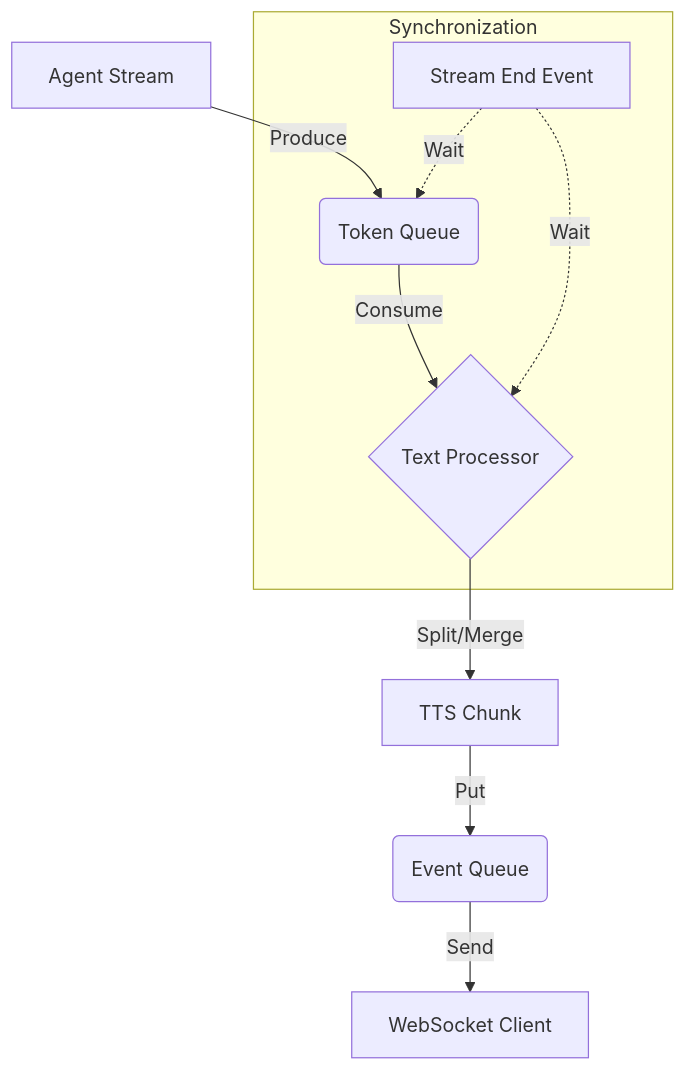
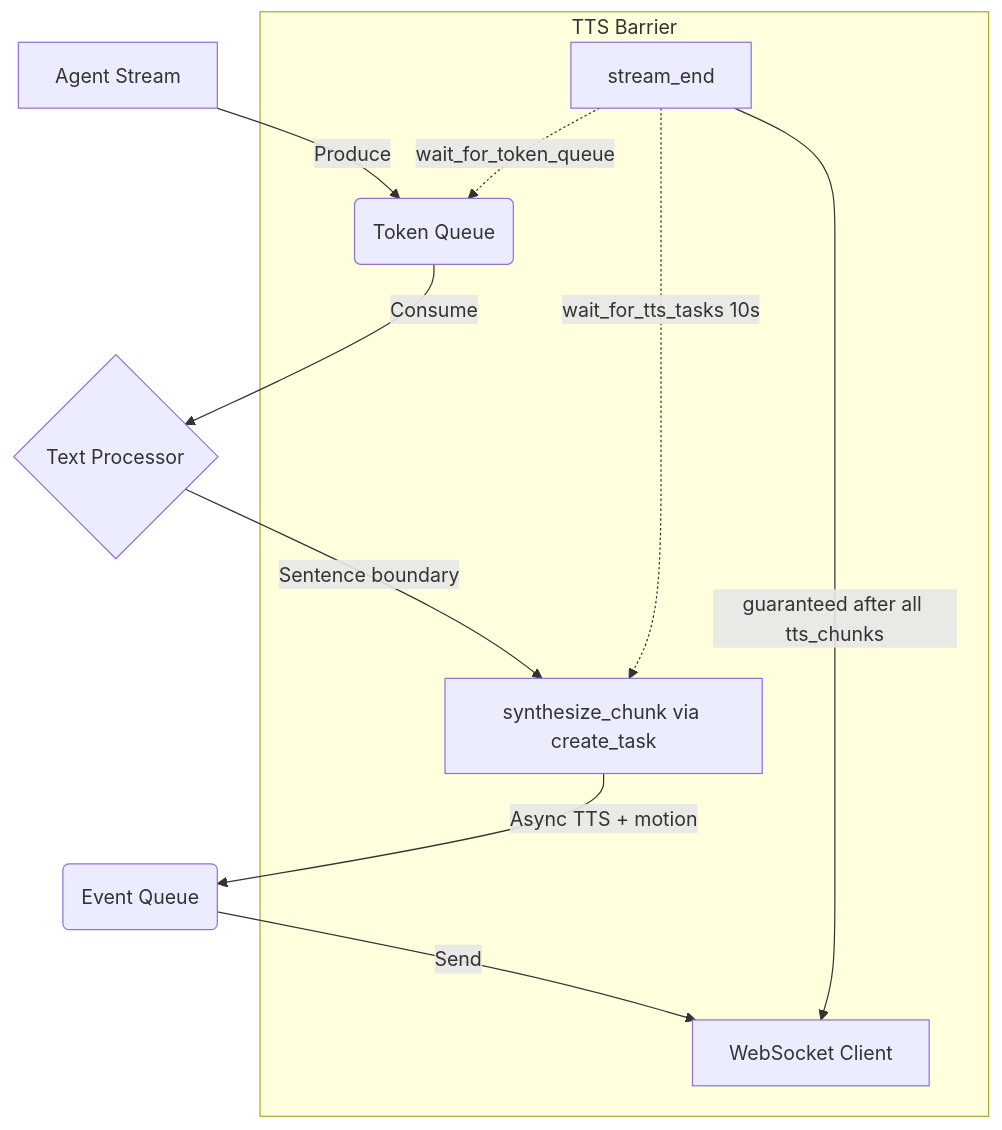
One commit to yw0nam/DesktopMatePlus changed the diagram in docs/feature/service/MessageProcessor_Event_Flow.md. Above: the diagram before and after it, drawn with Mermaid. The commit also changed other lines of this file and 10 other files, not shown here.

First line of the commit message:
docs: update backend docs for TTS flow refactor (T1-T5)

````diff
--- a/docs/feature/service/MessageProcessor_Event_Flow.md
+++ b/docs/feature/service/MessageProcessor_Event_Flow.md
@@ -16,13 +14,14 @@
 ```mermaid
 graph TD
     A[Agent Stream] -->|Produce| B(Token Queue)
     B -->|Consume| C{Text Processor}
-    C -->|Split/Merge| D[TTS Chunk]
-    D -->|Put| E(Event Queue)
+    C -->|Sentence boundary| D[synthesize_chunk via create_task]
+    D -->|Async TTS + motion| E(Event Queue)
     E -->|Send| F[WebSocket Client]
 
-    subgraph Synchronization
-    G[Stream End Event] -.->|Wait| B
-    G -.->|Wait| C
+    subgraph TTS Barrier
+    G[stream_end] -.->|wait_for_token_queue| B
+    G -.->|wait_for_tts_tasks 10s| D
+    G -->|guaranteed after all tts_chunks| F
     end
 ```
````
